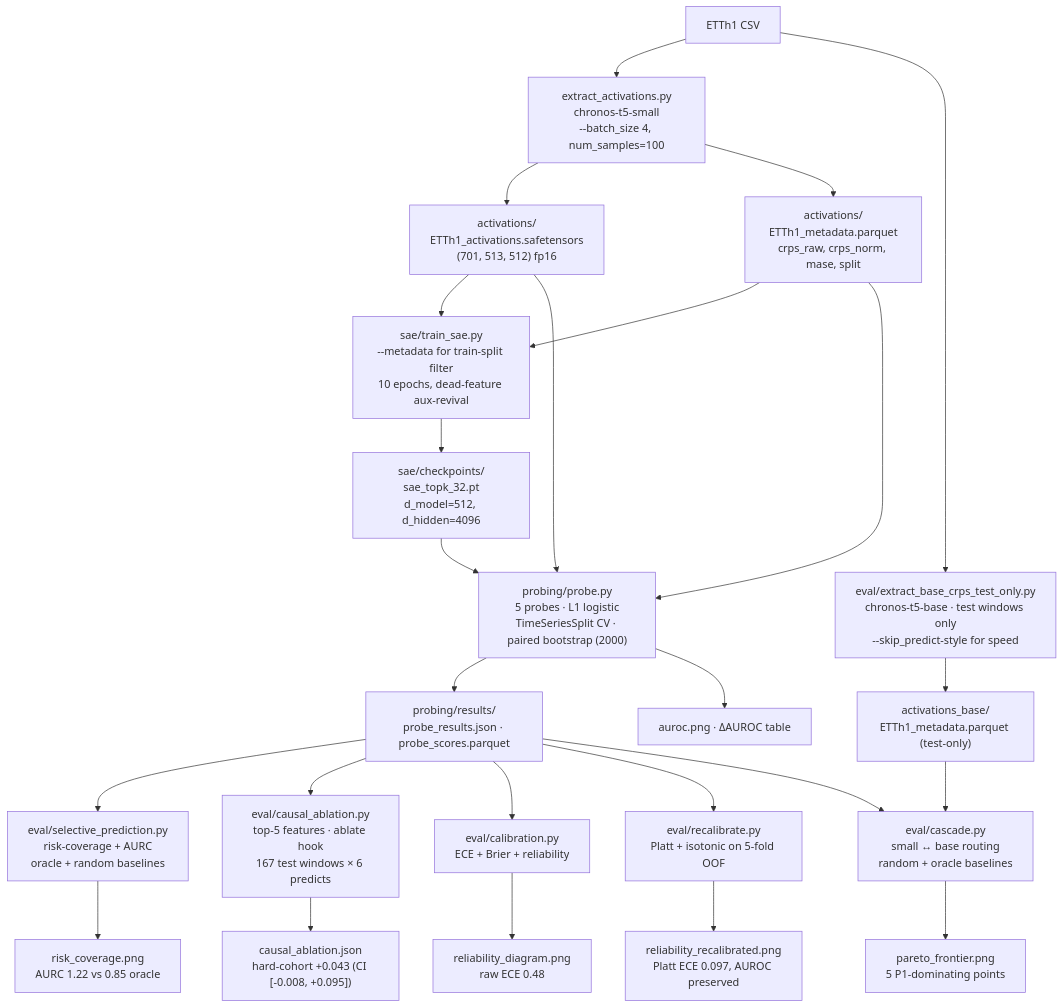
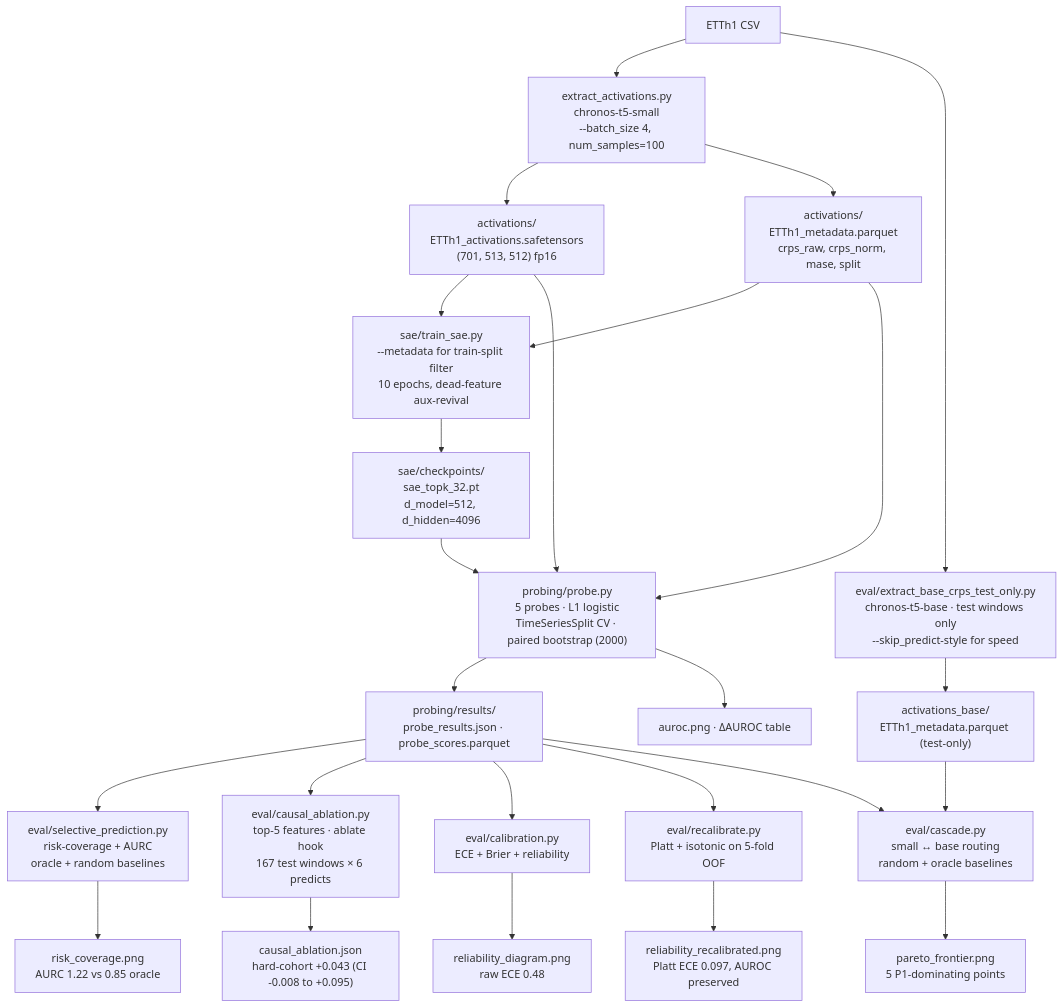
Before and after one commit to nabindev3/tsfm-sae-difficulty: the first of 2 diagrams in README.md, drawn with Mermaid. The commit also changed other lines of this file and 8 other files, not shown here.

````diff
--- a/README.md
+++ b/README.md
@@ -30,32 +30,32 @@
 ```mermaid
 flowchart TB
     A["ETTh1 CSV"] --> B["extract_activations.py<br/>chronos-t5-small<br/>--batch_size 4, num_samples=100"]
     B --> C["activations/<br/>ETTh1_activations.safetensors<br/>(701, 513, 512) fp16"]
     B --> D["activations/<br/>ETTh1_metadata.parquet<br/>crps_raw, crps_norm, mase, split"]
 
     C --> E["sae/train_sae.py<br/>--metadata for train-split filter<br/>10 epochs, dead-feature aux-revival"]
     D --> E
     E --> F["sae/checkpoints/<br/>sae_topk_32.pt<br/>d_model=512, d_hidden=4096"]
 
-    C --> G["probing/probe.py<br/>5 probes &middot; L1 logistic<br/>TimeSeriesSplit CV &middot; paired bootstrap (2000)"]
+    C --> G["probing/probe.py<br/>5 probes · L1 logistic<br/>TimeSeriesSplit CV · paired bootstrap (2000)"]
     D --> G
     F --> G
-    G --> H["probing/results/<br/>probe_results.json &middot; probe_scores.parquet"]
+    G --> H["probing/results/<br/>probe_results.json · probe_scores.parquet"]
 
     H --> I["eval/selective_prediction.py<br/>risk-coverage + AURC<br/>oracle + random baselines"]
-    H --> J["eval/causal_ablation.py<br/>top-5 features &middot; ablate hook<br/>167 test windows &times; 6 predicts"]
+    H --> J["eval/causal_ablation.py<br/>top-5 features · ablate hook<br/>167 test windows × 6 predicts"]
     H --> K["eval/calibration.py<br/>ECE + Brier + reliability"]
     H --> L["eval/recalibrate.py<br/>Platt + isotonic on 5-fold OOF"]
 
-    A --> M["eval/extract_base_crps_test_only.py<br/>chronos-t5-base &middot; test windows only<br/>--skip_predict-style for speed"]
+    A --> M["eval/extract_base_crps_test_only.py<br/>chronos-t5-base · test windows only<br/>--skip_predict-style for speed"]
     M --> N["activations_base/<br/>ETTh1_metadata.parquet (test-only)"]
-    H --> O["eval/cascade.py<br/>small &harr; base routing<br/>random + oracle baselines"]
+    H --> O["eval/cascade.py<br/>small ↔ base routing<br/>random + oracle baselines"]
     N --> O
 
     I --> R1["risk_coverage.png<br/>AURC 1.22 vs 0.85 oracle"]
-    J --> R2["causal_ablation.json<br/>hard-cohort +0.043 (CI [-0.008, +0.095])"]
+    J --> R2["causal_ablation.json<br/>hard-cohort +0.043 (CI -0.008 to +0.095)"]
     K --> R3["reliability_diagram.png<br/>raw ECE 0.48"]
     L --> R4["reliability_recalibrated.png<br/>Platt ECE 0.097, AUROC preserved"]
     O --> R5["pareto_frontier.png<br/>5 P1-dominating points"]
-    G --> R6["auroc.png &middot; ΔAUROC table"]
+    G --> R6["auroc.png · ΔAUROC table"]
 ```
````
